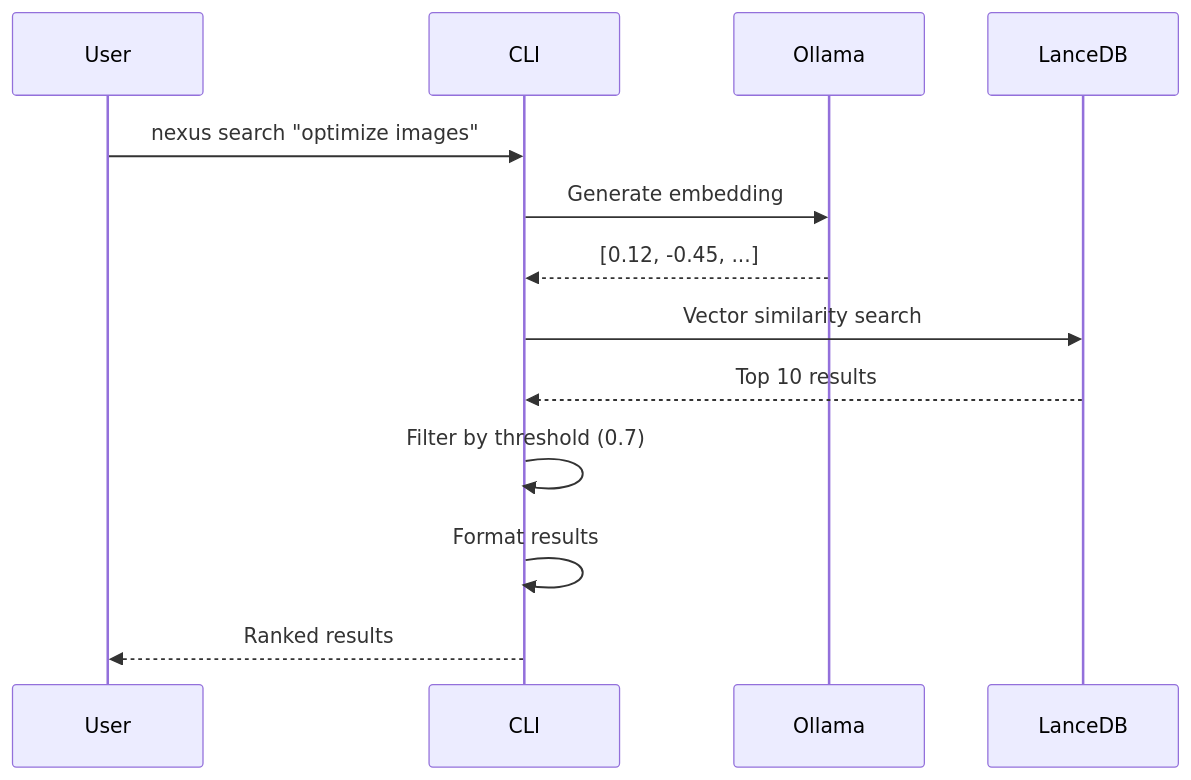
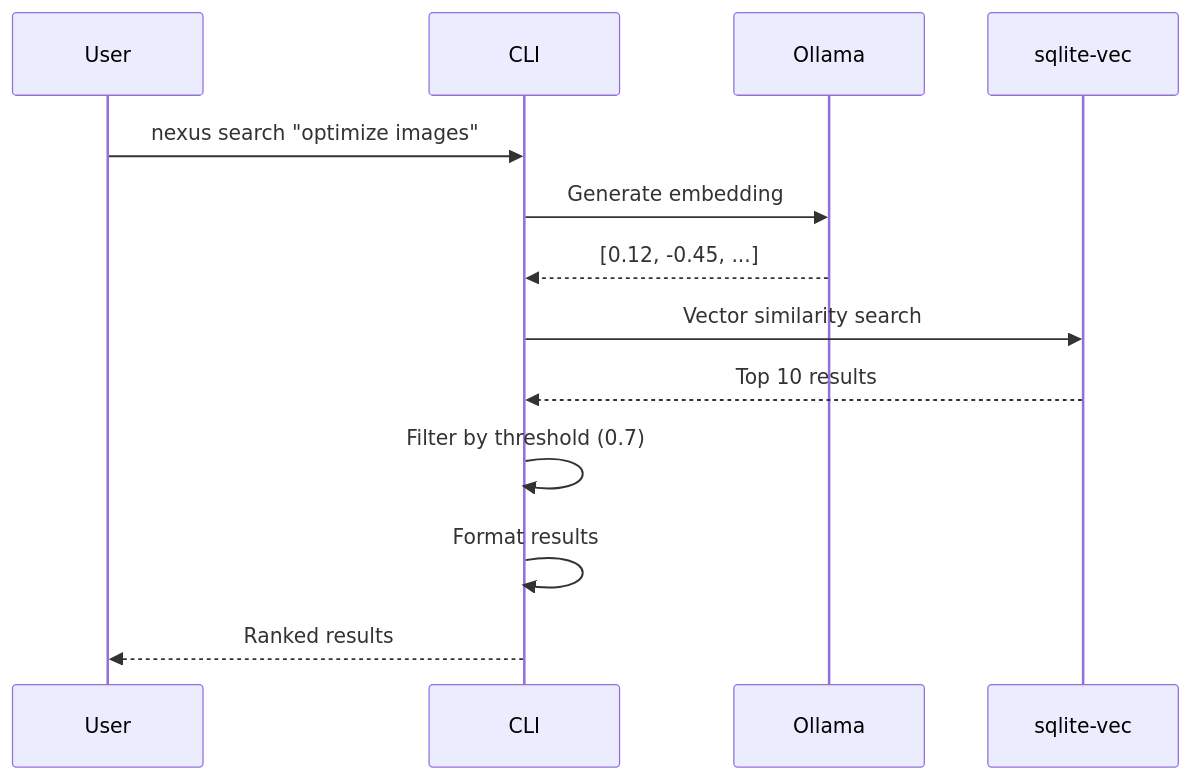
Before and after one commit to jpollock/local-addon-nexus-ai: the fourth of 4 diagrams in docs-site/docs/features/semantic-search.md, drawn with Mermaid. The commit also changed other lines of this file and 37 other files, not shown here.

First line of the commit message:
docs(site): the truth sweep — sqlite-vec everywhere, real counts, real tabs, ui-quick-start rewritten

````diff
--- a/docs-site/docs/features/semantic-search.md
+++ b/docs-site/docs/features/semantic-search.md
@@ -364,16 +336,16 @@
 ```mermaid
 sequenceDiagram
     participant User
     participant CLI
     participant Ollama
-    participant LanceDB
+    participant vec as sqlite-vec
 
     User->>CLI: nexus search "optimize images"
     CLI->>Ollama: Generate embedding
     Ollama-->>CLI: [0.12, -0.45, ...]
-    CLI->>LanceDB: Vector similarity search
-    LanceDB-->>CLI: Top 10 results
+    CLI->>vec: Vector similarity search
+    vec-->>CLI: Top 10 results
     CLI->>CLI: Filter by threshold (0.7)
     CLI->>CLI: Format results
     CLI-->>User: Ranked results
 ```
````
